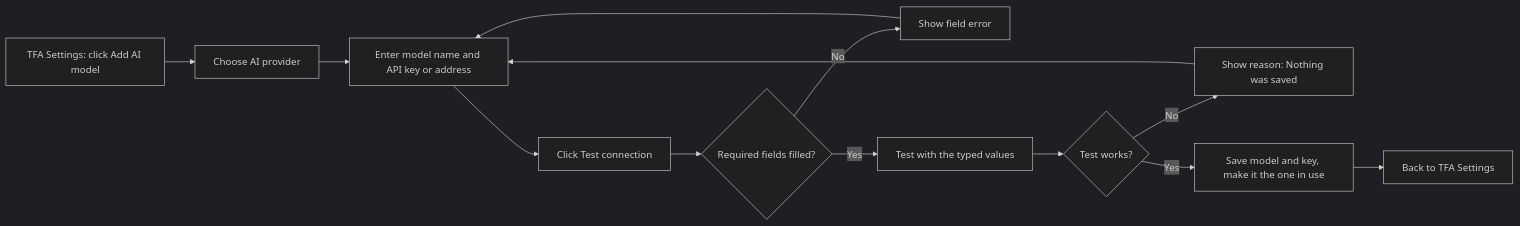
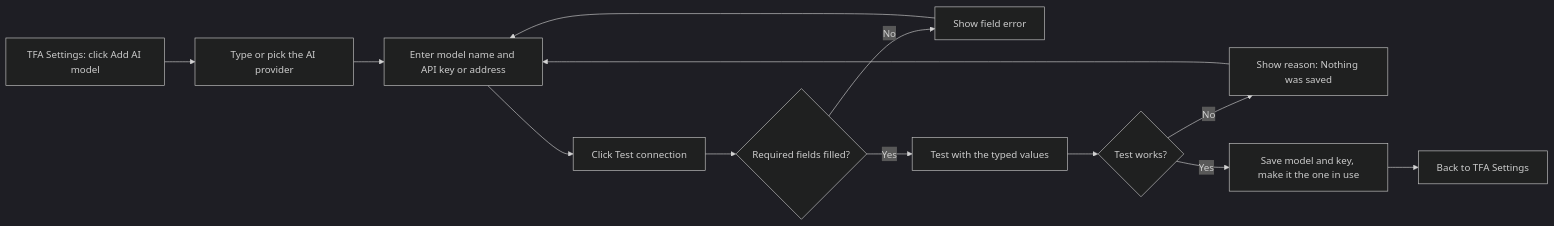
The second of 6 diagrams in TF - Documents/TFWorkflow/App WF in MD/08-Settings/08.4-TFA-Settings.md (jojogeorge3344/TaskFlow-Project), drawn with Mermaid (dark theme) before and after one commit. The commit also changed other lines of this file and 8 other files, not shown here.

First line of the commit message:
docs(tfa): document custom AI providers in the TFA Settings and Assistant docs

````diff
--- a/TF - Documents/TFWorkflow/App WF in MD/08-Settings/08.4-TFA-Settings.md
+++ b/TF - Documents/TFWorkflow/App WF in MD/08-Settings/08.4-TFA-Settings.md
@@ -135,13 +145,13 @@
 ```mermaid
 flowchart LR
-  A["TFA Settings: click Add AI model"] --> B["Choose AI provider"]
+  A["TFA Settings: click Add AI model"] --> B["Type or pick the AI provider"]
   B --> C["Enter model name and API key or address"]
   C --> D["Click Test connection"]
   D --> E{"Required fields filled?"}
   E -- No --> F["Show field error"] --> C
   E -- Yes --> G["Test with the typed values"]
   G --> H{"Test works?"}
   H -- No --> I["Show reason: Nothing was saved"] --> C
   H -- Yes --> J["Save model and key, make it the one in use"]
   J --> K["Back to TFA Settings"]
 ```
````
